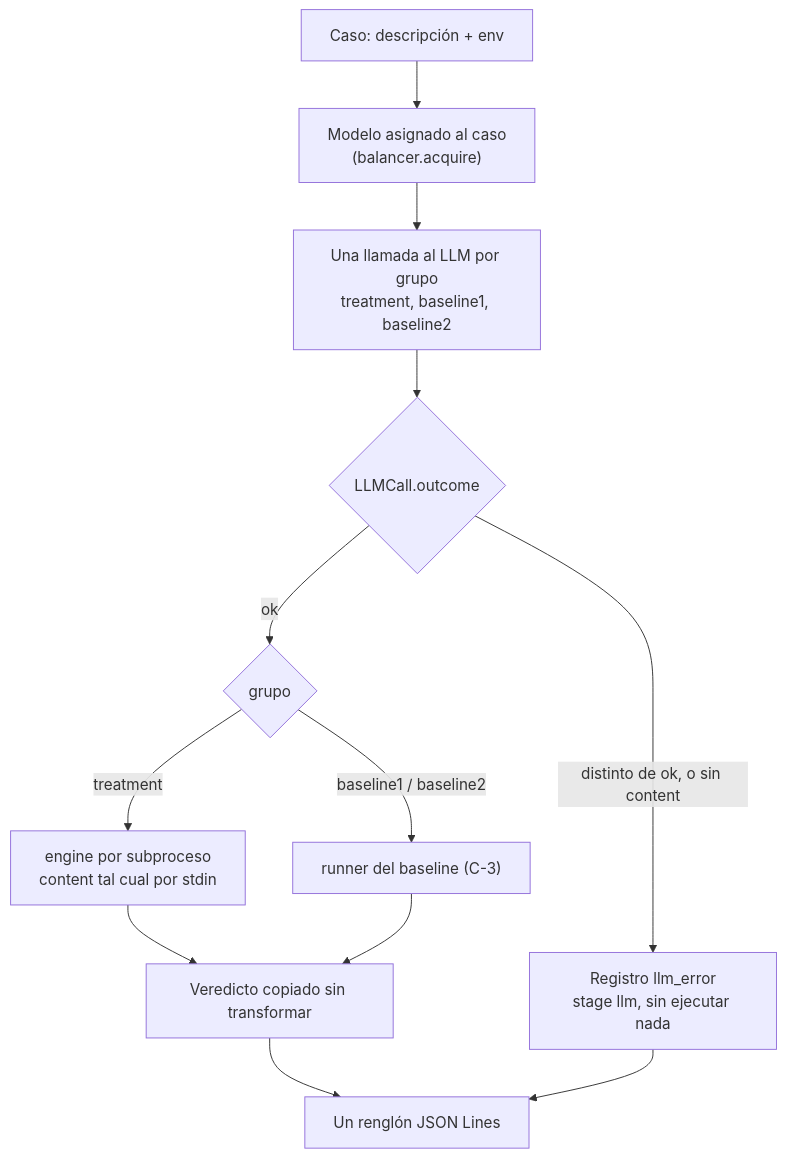
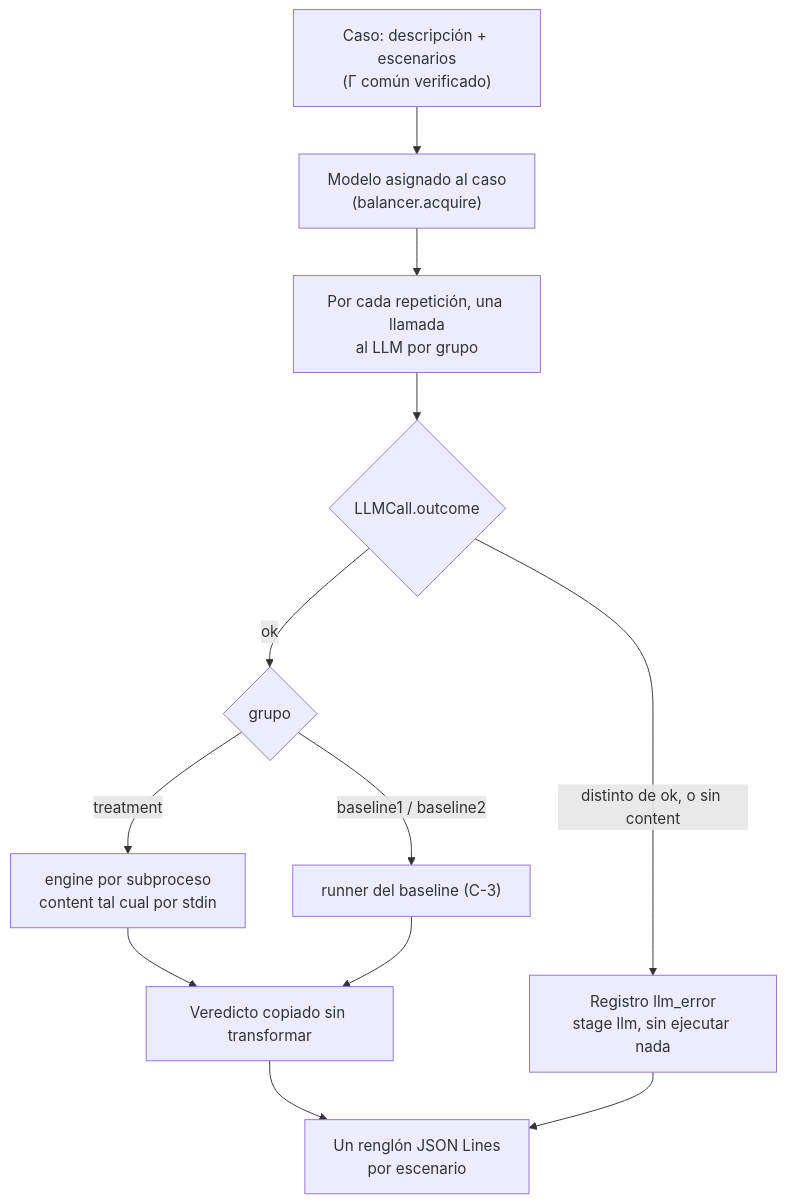
The diagram in docs/orquestador.md (chinoavila/llm-lambda-determinism-verifier), drawn with Mermaid before and after one commit. The commit also changed other lines of this file and 9 other files, not shown here.

````diff
--- a/docs/orquestador.md
+++ b/docs/orquestador.md
@@ -7,14 +7,14 @@
 ```mermaid
 flowchart TD
-    C["Caso: descripción + env"] --> A["Modelo asignado al caso<br/>(balancer.acquire)"]
-    A --> L["Una llamada al LLM por grupo<br/>treatment, baseline1, baseline2"]
+    C["Caso: descripción + escenarios<br/>(Γ común verificado)"] --> A["Modelo asignado al caso<br/>(balancer.acquire)"]
+    A --> L["Por cada repetición, una llamada<br/>al LLM por grupo"]
     L --> O{"LLMCall.outcome"}
     O -->|"distinto de ok, o sin content"| E["Registro llm_error<br/>stage llm, sin ejecutar nada"]
     O -->|"ok"| R{"grupo"}
     R -->|"treatment"| EN["engine por subproceso<br/>content tal cual por stdin"]
     R -->|"baseline1 / baseline2"| BL["runner del baseline (C-3)"]
     EN --> V["Veredicto copiado sin transformar"]
     BL --> V
-    V --> J["Un renglón JSON Lines"]
+    V --> J["Un renglón JSON Lines<br/>por escenario"]
     E --> J
 ```
````
